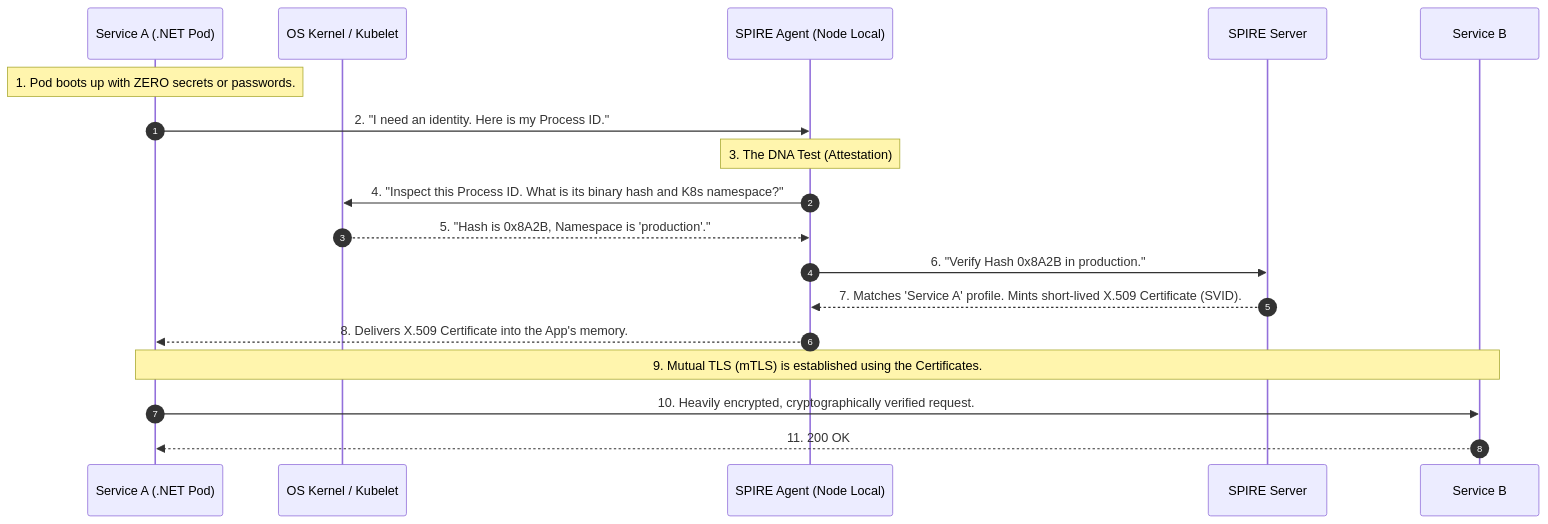
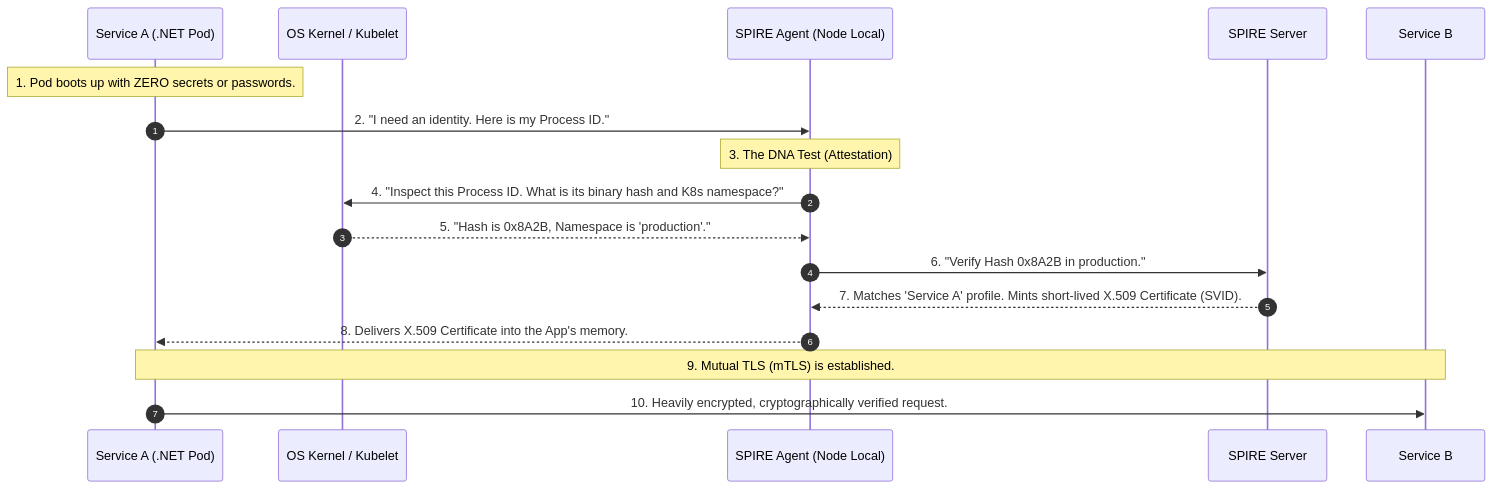
One commit to nirajp82/IdentityAccessManagement_IAM changed the second of 3 diagrams in Quiz/05_machine_to_machine_m2m_and_workload_identity.md. Above: the diagram before and after it, drawn with Mermaid. The commit also changed other lines of this file, not shown here.

````diff
--- a/Quiz/05_machine_to_machine_m2m_and_workload_identity.md
+++ b/Quiz/05_machine_to_machine_m2m_and_workload_identity.md
@@ -100,26 +101,25 @@
 ```mermaid
 sequenceDiagram
     autonumber
     participant App as Service A (.NET Pod)
     participant Kernel as OS Kernel / Kubelet
     participant Agent as SPIRE Agent (Node Local)
     participant Server as SPIRE Server
     participant ServiceB as Service B
 
     Note over App: 1. Pod boots up with ZERO secrets or passwords.
     App->>Agent: 2. "I need an identity. Here is my Process ID."
     
     Note over Agent: 3. The DNA Test (Attestation)
     Agent->>Kernel: 4. "Inspect this Process ID. What is its binary hash and K8s namespace?"
     Kernel-->>Agent: 5. "Hash is 0x8A2B, Namespace is 'production'."
     
     Agent->>Server: 6. "Verify Hash 0x8A2B in production."
     Server-->>Agent: 7. Matches 'Service A' profile. Mints short-lived X.509 Certificate (SVID).
     
     Agent-->>App: 8. Delivers X.509 Certificate into the App's memory.
     
-    Note over App,ServiceB: 9. Mutual TLS (mTLS) is established using the Certificates.
+    Note over App,ServiceB: 9. Mutual TLS (mTLS) is established.
     App->>ServiceB: 10. Heavily encrypted, cryptographically verified request.
-    ServiceB-->>App: 11. 200 OK
 
 ```
````
